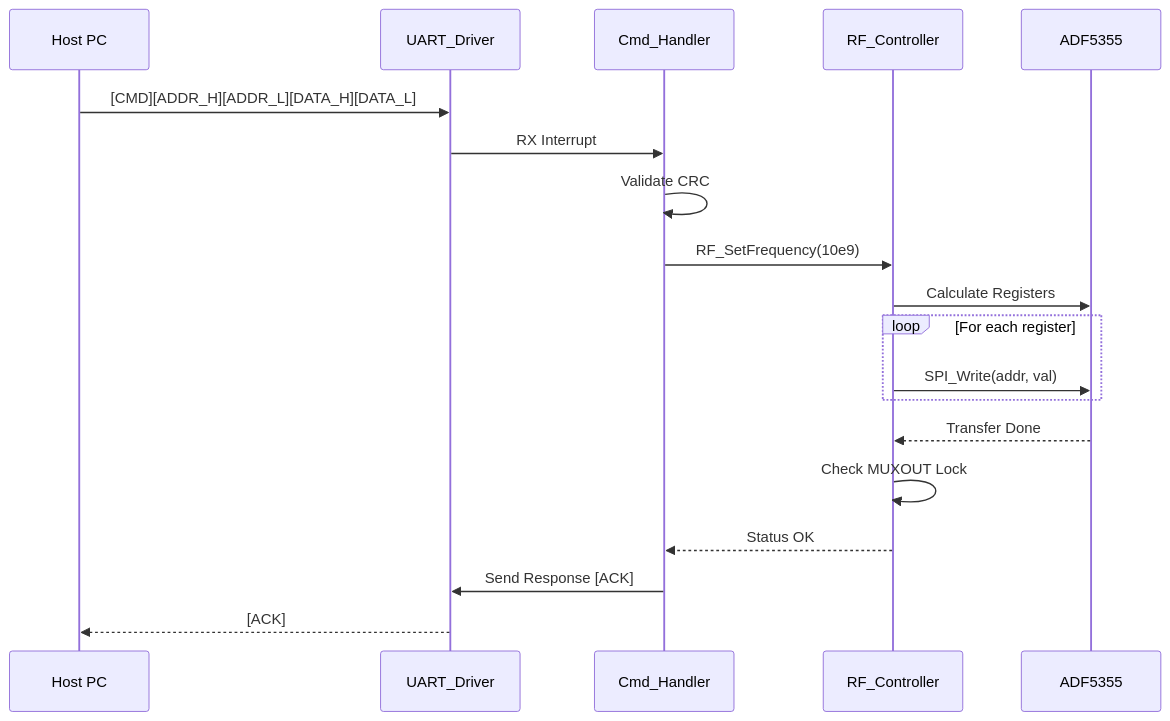
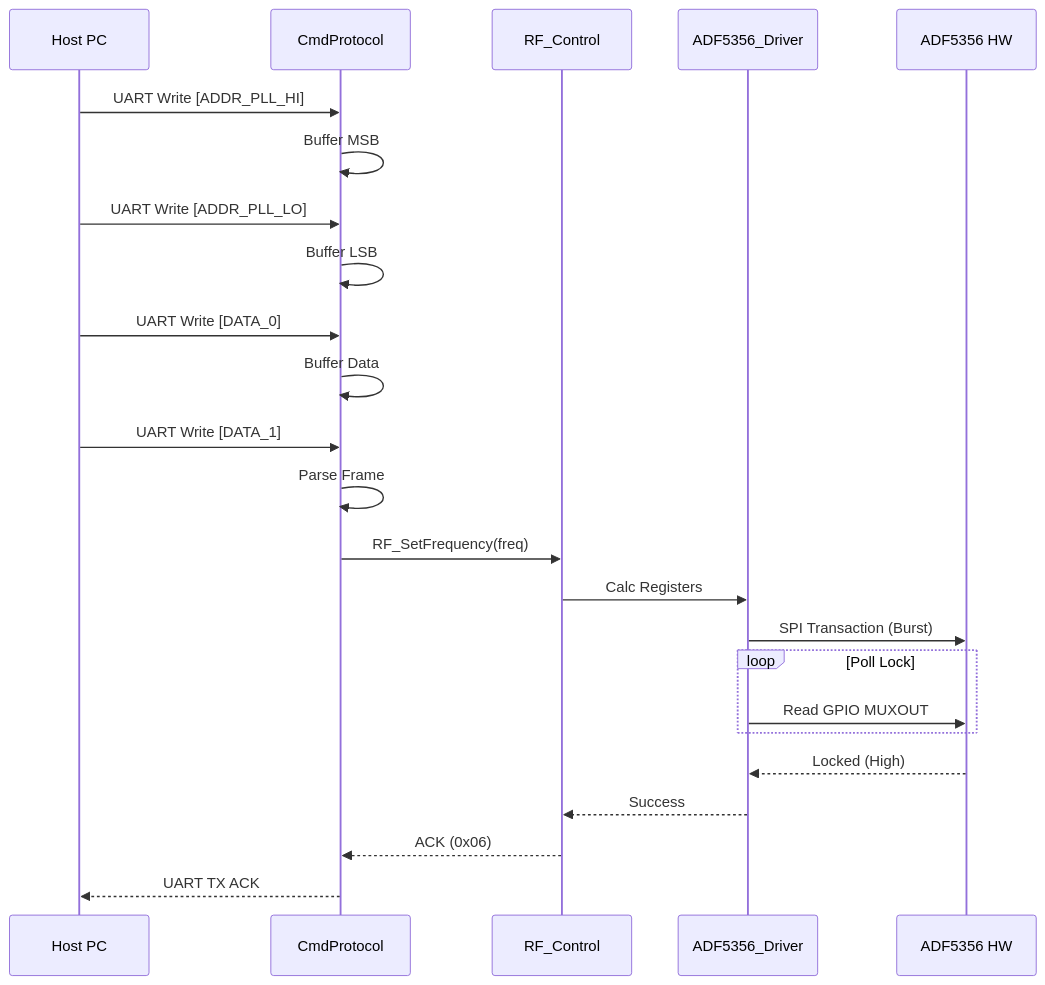
The fifth of 7 diagrams in SDD_receiver.md (bala9066/AI_S2S_Code), drawn with Mermaid before and after one commit. The commit also changed other lines of this file and 31 other files, not shown here.

````diff
--- a/SDD_receiver.md
+++ b/SDD_receiver.md
@@ -491,22 +430,27 @@
 ```mermaid
 sequenceDiagram
     participant HOST as Host PC
-    participant UART as UART_Driver
-    participant CMD as Cmd_Handler
-    participant RF as RF_Controller
-    participant ADF as ADF5355
+    participant CMD as CmdProtocol
+    participant RF as RF_Control
+    participant PLL as ADF5356_Driver
+    participant HW as ADF5356 HW
     
-    HOST->>UART: [CMD][ADDR_H][ADDR_L][DATA_H][DATA_L]
-    UART->>CMD: RX Interrupt
-    CMD->>CMD: Validate CRC
-    CMD->>RF: RF_SetFrequency(10e9)
-    RF->>ADF: Calculate Registers
-    loop For each register
-        RF->>ADF: SPI_Write(addr, val)
+    HOST->>CMD: UART Write [ADDR_PLL_HI]
+    CMD->>CMD: Buffer MSB
+    HOST->>CMD: UART Write [ADDR_PLL_LO]
+    CMD->>CMD: Buffer LSB
+    HOST->>CMD: UART Write [DATA_0]
+    CMD->>CMD: Buffer Data
+    HOST->>CMD: UART Write [DATA_1]
+    CMD->>CMD: Parse Frame
+    CMD->>RF: RF_SetFrequency(freq)
+    RF->>PLL: Calc Registers
+    PLL->>HW: SPI Transaction (Burst)
+    loop Poll Lock
+        PLL->>HW: Read GPIO MUXOUT
     end
-    ADF-->>RF: Transfer Done
-    RF->>RF: Check MUXOUT Lock
-    RF-->>CMD: Status OK
-    CMD->>UART: Send Response [ACK]
-    UART-->>HOST: [ACK]
+    HW-->>PLL: Locked (High)
+    PLL-->>RF: Success
+    RF-->>CMD: ACK (0x06)
+    CMD-->>HOST: UART TX ACK
 ```
````
